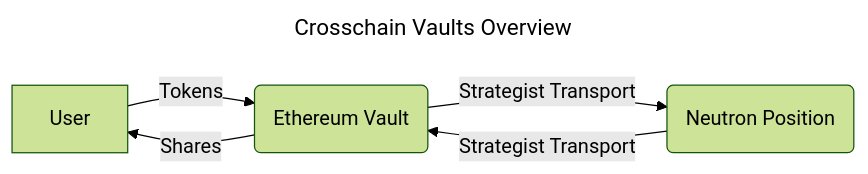
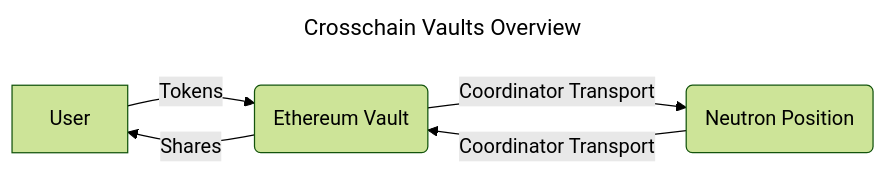
One commit to timewave-computer/valence-protocol changed the first of 6 diagrams in docs/src/examples/crosschain_vaults.md. Above: the diagram before and after it, drawn with Mermaid (forest theme). The commit also changed other lines of this file and 1 other file, not shown here.

Commit message:
docs: clarify coordinator terminology in vault strategist docs entries (#431)

````diff
--- a/docs/src/examples/crosschain_vaults.md
+++ b/docs/src/examples/crosschain_vaults.md
@@ -18,14 +18,14 @@
 ```mermaid
 ---
 title: Crosschain Vaults Overview
 ---
 graph LR
 	User
 	EV(Ethereum Vault)
 	NP(Neutron Position)
 
 	User -- Tokens --> EV
 	EV -- Shares --> User
-	EV -- Strategist Transport --> NP
-	NP -- Strategist Transport --> EV
+	EV -- Coordinator Transport --> NP
+	NP -- Coordinator Transport --> EV
 ```
````
